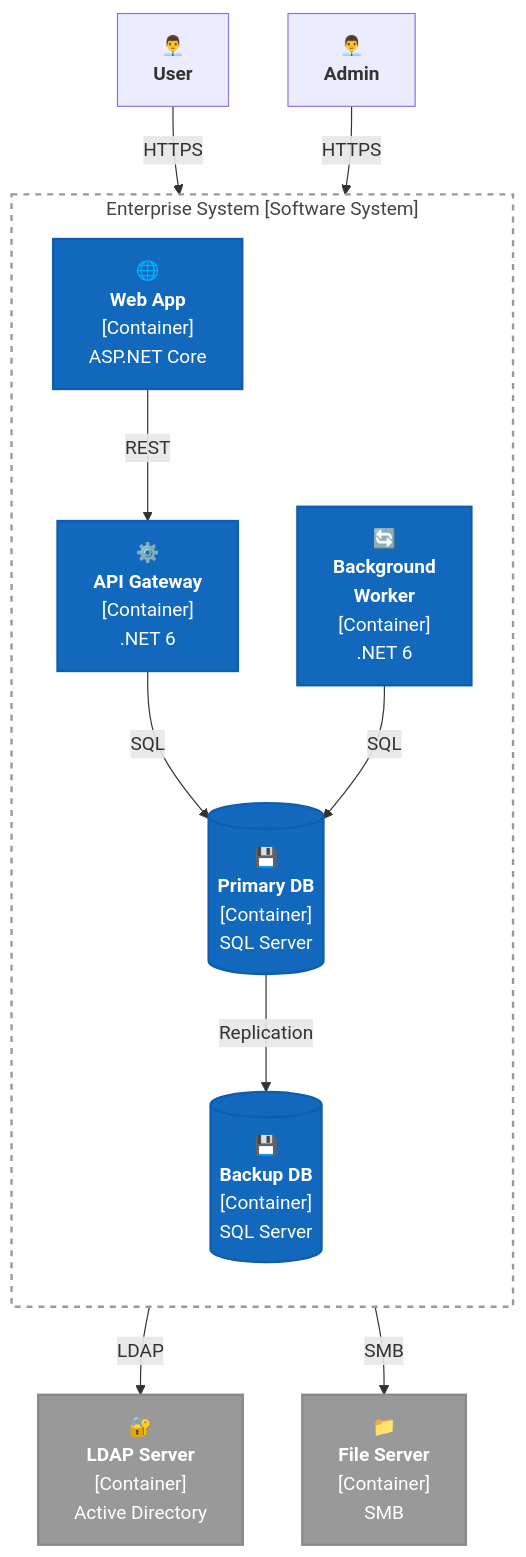
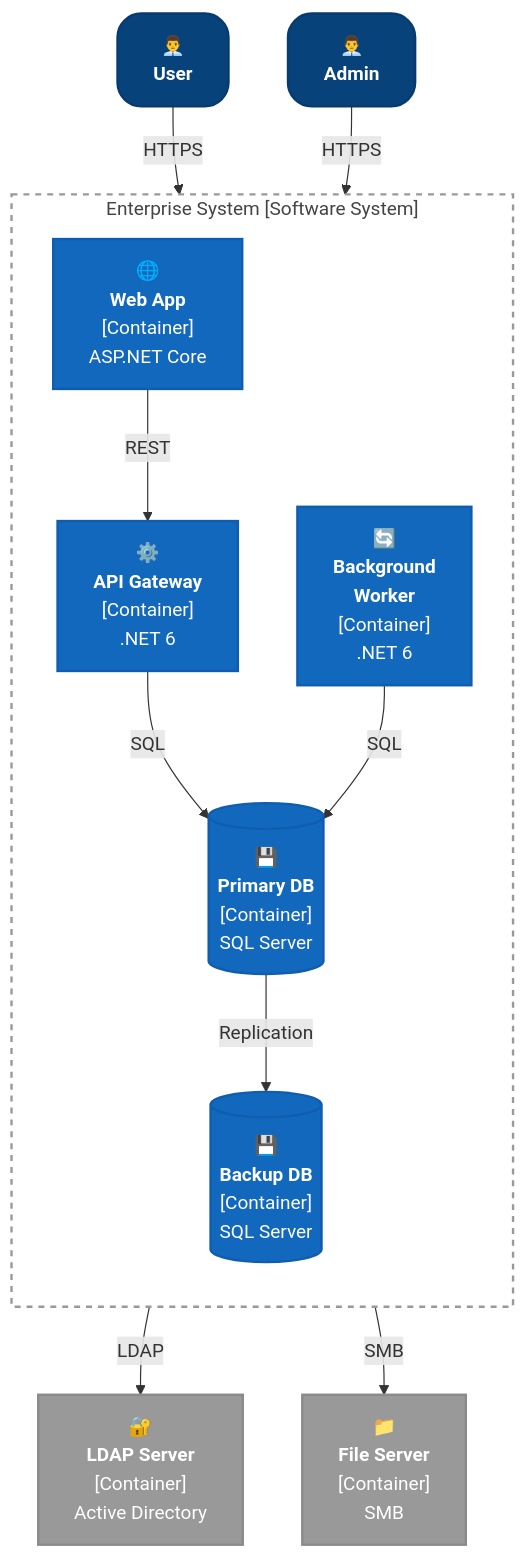
Before and after one commit to LockTar/C4-Modeling-in-Mermaid: the third of 6 diagrams in C4-cheatsheets/C4-Container-Diagram-Mermaid-Flowchart-Cheatsheet.md, drawn with Mermaid. The commit also changed other lines of this file and 3 other files, not shown here.

Commit message:
Update C4 Mermaid Flowchart Cheatsheets to include Person and PersonExt class definitions for improved diagram clarity

````diff
--- a/C4-cheatsheets/C4-Container-Diagram-Mermaid-Flowchart-Cheatsheet.md
+++ b/C4-cheatsheets/C4-Container-Diagram-Mermaid-Flowchart-Cheatsheet.md
@@ -148,40 +152,42 @@
 ```mermaid
 flowchart TB
+    classDef Person fill:#08427b,stroke:#073b6f,color:#fff,rx:20px,ry:20px,stroke-width:2px;
     classDef Container fill:#1168bd,stroke:#0f5daf,color:#fff,stroke-width:2px;
     classDef ContainerDb fill:#1168bd,stroke:#0f5daf,color:#fff,stroke-width:2px;
     classDef ContainerExt fill:#999999,stroke:#8a8a8a,color:#fff,stroke-width:2px;
     classDef ContainerBoundary fill:none,stroke:#999,stroke-width:2px,stroke-dasharray: 5 5,color:#444;
 
     browser["👨‍💼<br/><b>User</b>"]
     admin["👨‍💼<br/><b>Admin</b>"]
 
     subgraph sys["Enterprise System [Software System]"]
         direction TB
 
         web["🌐<br/><b>Web App</b><br/>[Container]<br/>ASP.NET Core"]
         api["⚙️<br/><b>API Gateway</b><br/>[Container]<br/>.NET 6"]
         worker["🔄<br/><b>Background<br/>Worker</b><br/>[Container]<br/>.NET 6"]
 
         primary[("💾<br/><b>Primary DB</b><br/>[Container]<br/>SQL Server")]
         backup[("💾<br/><b>Backup DB</b><br/>[Container]<br/>SQL Server")]
 
         class web,api,worker Container
         class primary,backup ContainerDb
 
         web -->|REST| api
         api -->|SQL| primary
         worker -->|SQL| primary
         primary -->|Replication| backup
     end
     class sys ContainerBoundary;
 
     ldap["🔐<br/><b>LDAP Server</b><br/>[Container]<br/>Active Directory"]
     fileserver["📁<br/><b>File Server</b><br/>[Container]<br/>SMB"]
 
+    class browser,admin Person
     class ldap,fileserver ContainerExt
 
     browser -->|HTTPS| web
     admin -->|HTTPS| web
     api -->|LDAP| ldap
     worker -->|SMB| fileserver
 ```
````
